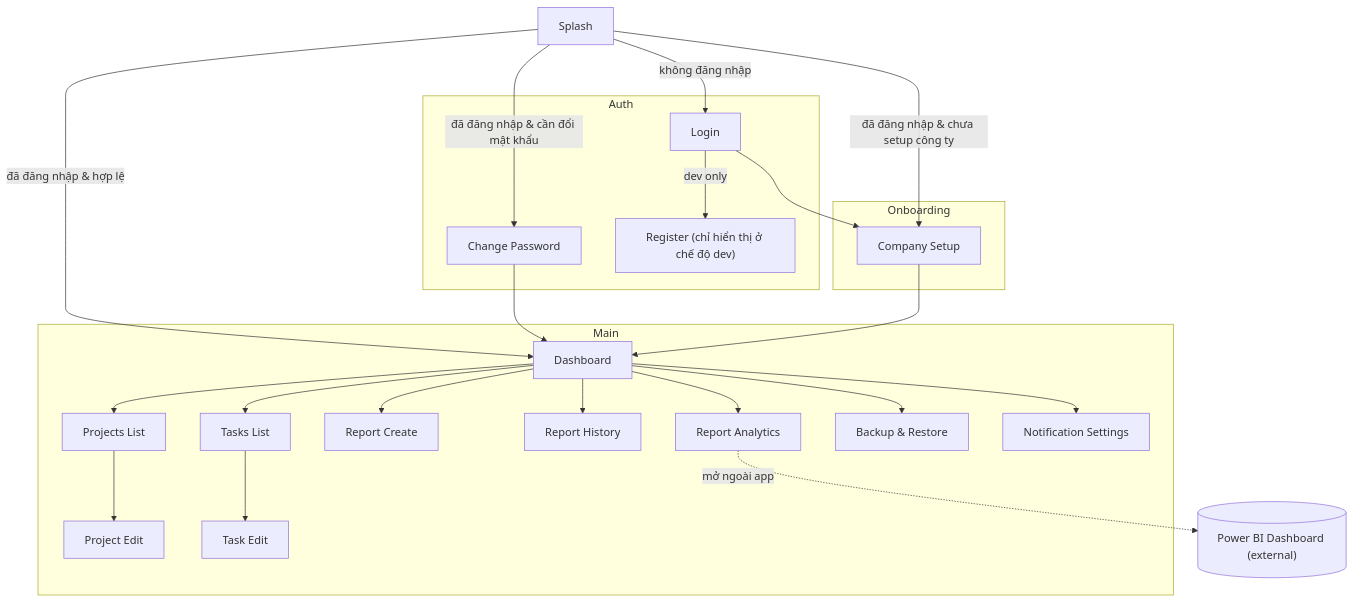
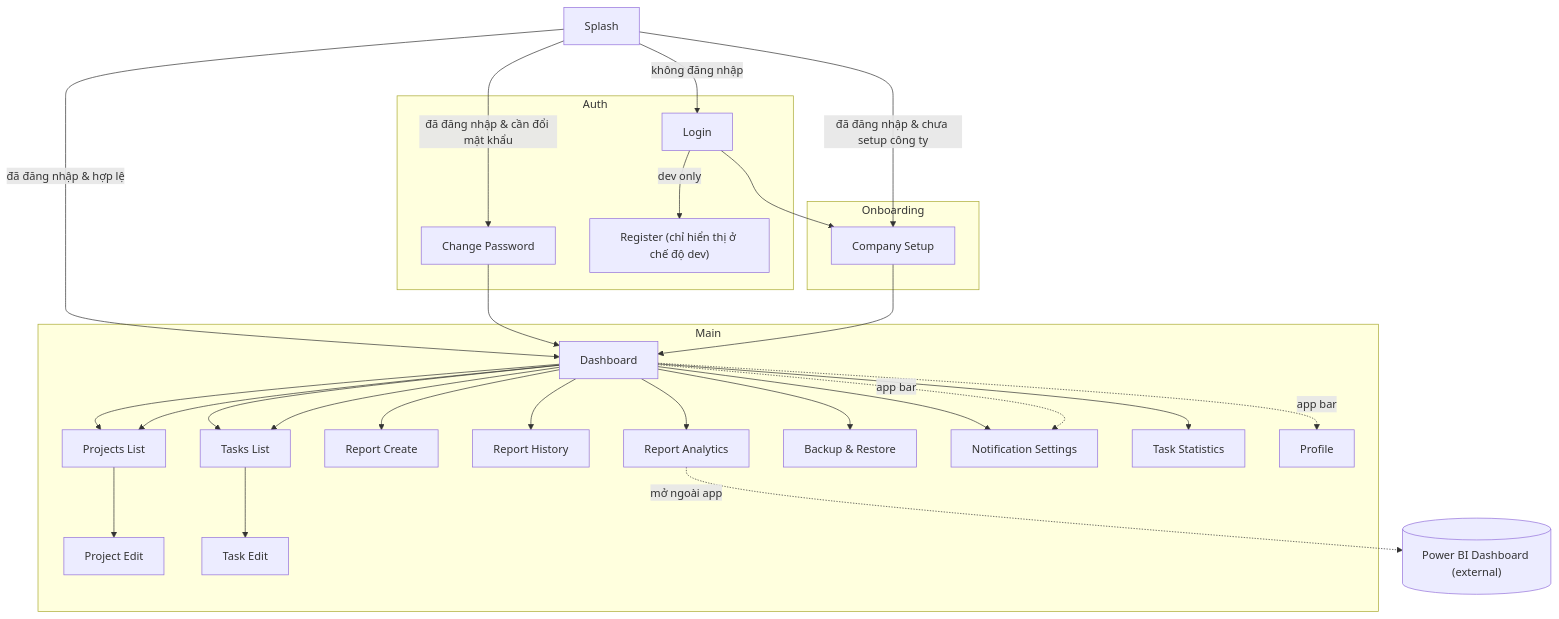
One commit to trunhquang/todolist changed the diagram in docs/README.md. Above: the diagram before and after it, drawn with Mermaid. The commit also changed 3 other files, not shown here.

Commit message:
- [docs] Cập nhật sơ đồ ứng dụng: thêm Tasks, Task Statistics, Profile - Bổ sung liên kết AppBar (Profile, Notifications) và điều hướng Dashboard hiện tại

````diff
--- a/docs/README.md
+++ b/docs/README.md
@@ -17,47 +17,54 @@
 ```mermaid
 flowchart TD
   Splash["Splash"] --> |không đăng nhập| Login["Login"]
   Splash --> |đã đăng nhập & cần đổi mật khẩu| ChangePassword["Change Password"]
   Splash --> |đã đăng nhập & chưa setup công ty| CompanySetup["Company Setup"]
   Splash --> |đã đăng nhập & hợp lệ| Dashboard["Dashboard"]
 
   subgraph Auth
     Login
     Register["Register (chỉ hiển thị ở chế độ dev)"]
     ChangePassword
   end
   Login --> |dev only| Register
   Login --> CompanySetup
   ChangePassword --> Dashboard
 
   subgraph Onboarding
     CompanySetup
   end
   CompanySetup --> Dashboard
 
   subgraph Main
     Dashboard
     Projects["Projects List"]
     ProjectEdit["Project Edit"]
     Tasks["Tasks List"]
     TaskEdit["Task Edit"]
     ReportsCreate["Report Create"]
     ReportsHistory["Report History"]
     ReportsAnalytics["Report Analytics"]
     BackupRestore["Backup & Restore"]
     NotiSettings["Notification Settings"]
+    TaskStats["Task Statistics"]
+    Profile["Profile"]
   end
 
   Dashboard --> Projects
   Dashboard --> Tasks
   Dashboard --> ReportsCreate
   Dashboard --> ReportsHistory
   Dashboard --> ReportsAnalytics
   Dashboard --> BackupRestore
   Dashboard --> NotiSettings
+  Dashboard --> TaskStats
+  Dashboard --> Tasks
+  Dashboard --> Projects
 
   Projects --> ProjectEdit
   Tasks --> TaskEdit
 
   ReportsAnalytics -. mở ngoài app .-> PowerBI[("Power BI Dashboard (external)")]
+  Dashboard -. app bar .-> Profile
+  Dashboard -. app bar .-> NotiSettings
 ```
````
